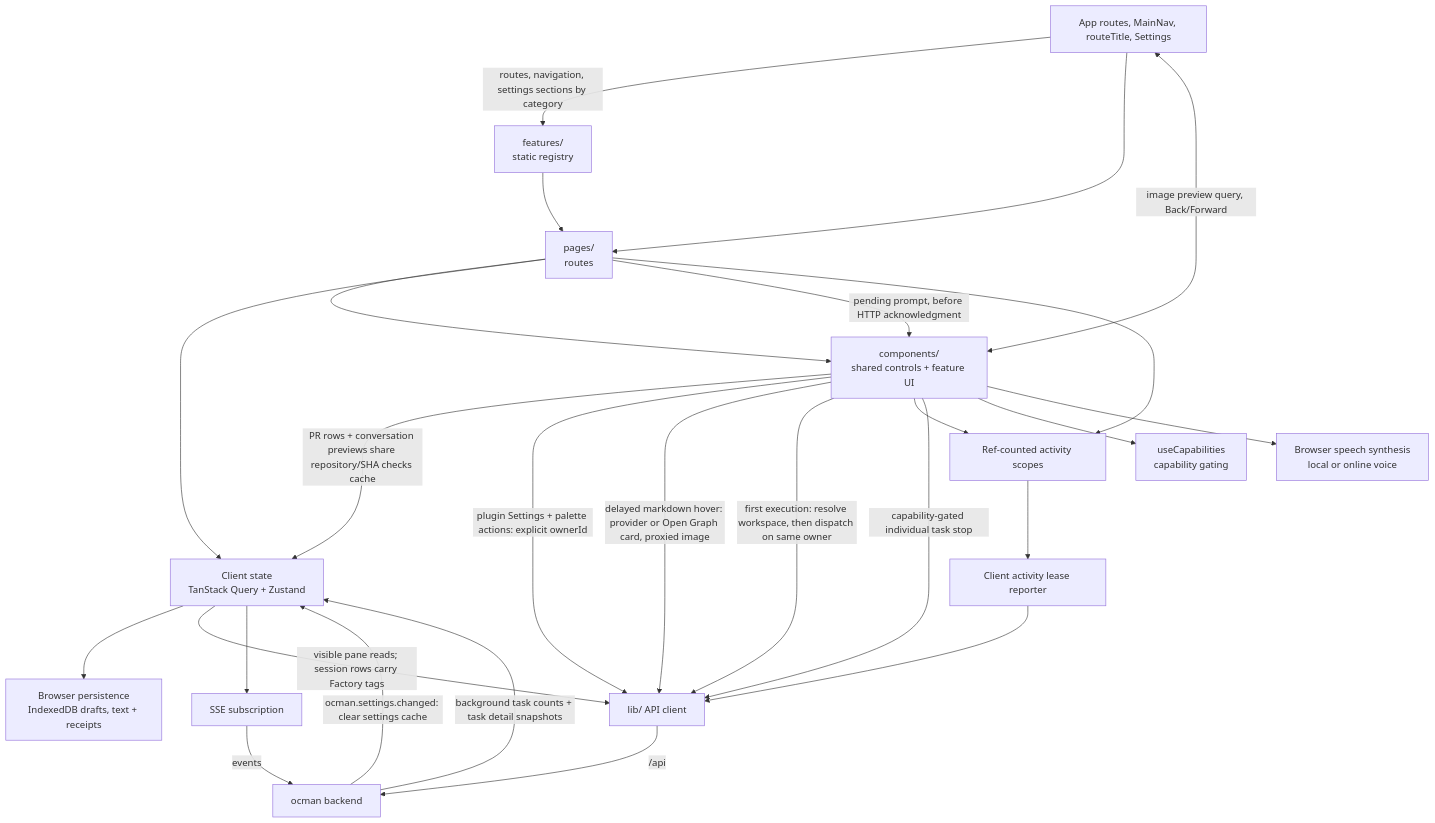
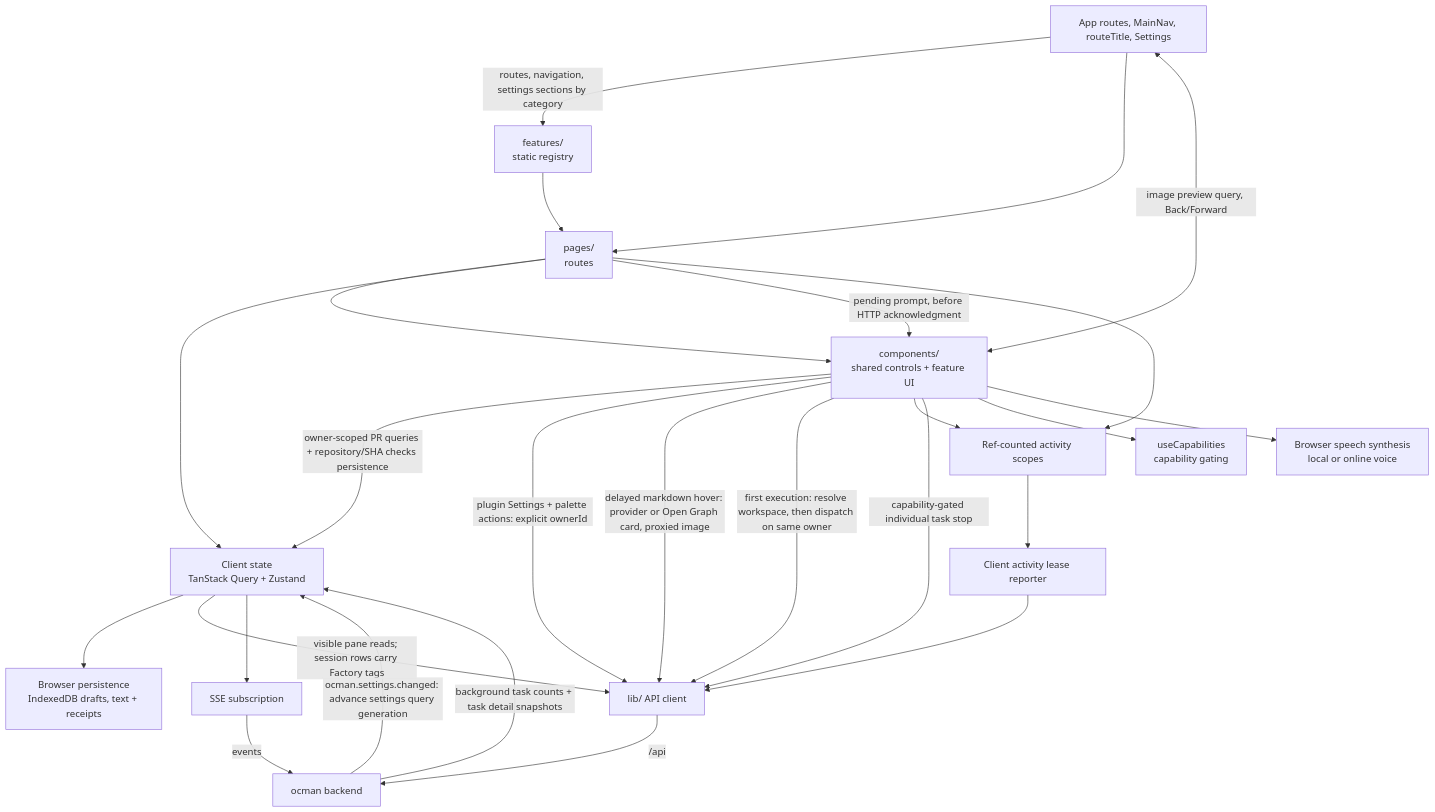
Before and after one commit to ocman/ocman: the tenth of 13 diagrams in docs/other/architecture.md, drawn with Mermaid. The commit also changed other lines of this file and 50 other files, not shown here.

````diff
--- a/docs/other/architecture.md
+++ b/docs/other/architecture.md
@@ -1600,28 +1600,28 @@
 ```mermaid
 flowchart TD
     Shell[App routes, MainNav, routeTitle, Settings] -->|routes, navigation, settings sections by category| Features[features/<br/>static registry]
     Features --> Pages
     Shell --> Pages
     Pages[pages/<br/>routes] --> Comp[components/<br/>shared controls + feature UI]
     Pages --> Stores[Client state<br/>TanStack Query + Zustand]
     Pages -->|pending prompt, before HTTP acknowledgment| Comp
     Stores --> Persistence[Browser persistence<br/>IndexedDB drafts, text + receipts]
-    Comp -->|PR rows + conversation previews share repository/SHA checks cache| Stores
+    Comp -->|owner-scoped PR queries + repository/SHA checks persistence| Stores
     Comp -->|plugin Settings + palette actions: explicit ownerId| API
     Comp -->|delayed markdown hover: provider or Open Graph card, proxied image| API
     Comp -->|first execution: resolve workspace, then dispatch on same owner| API
     Stores -->|visible pane reads; session rows carry Factory tags| API[lib/ API client]
     Stores --> SSE[SSE subscription]
     Pages --> Scopes[Ref-counted activity scopes]
     Comp --> Scopes
     Scopes --> Reporter[Client activity lease reporter]
     Reporter --> API
     API -->|/api| Hub[ocman backend]
     SSE -->|events| Hub
-    Hub -->|ocman.settings.changed: clear settings cache| Stores
+    Hub -->|ocman.settings.changed: advance settings query generation| Stores
     Hub -->|background task counts + task detail snapshots| Stores
     Comp -->|capability-gated individual task stop| API
     Comp --> Caps[useCapabilities<br/>capability gating]
     Comp --> Speech[Browser speech synthesis<br/>local or online voice]
     Comp <-->|image preview query, Back/Forward| Shell
 ```
````
